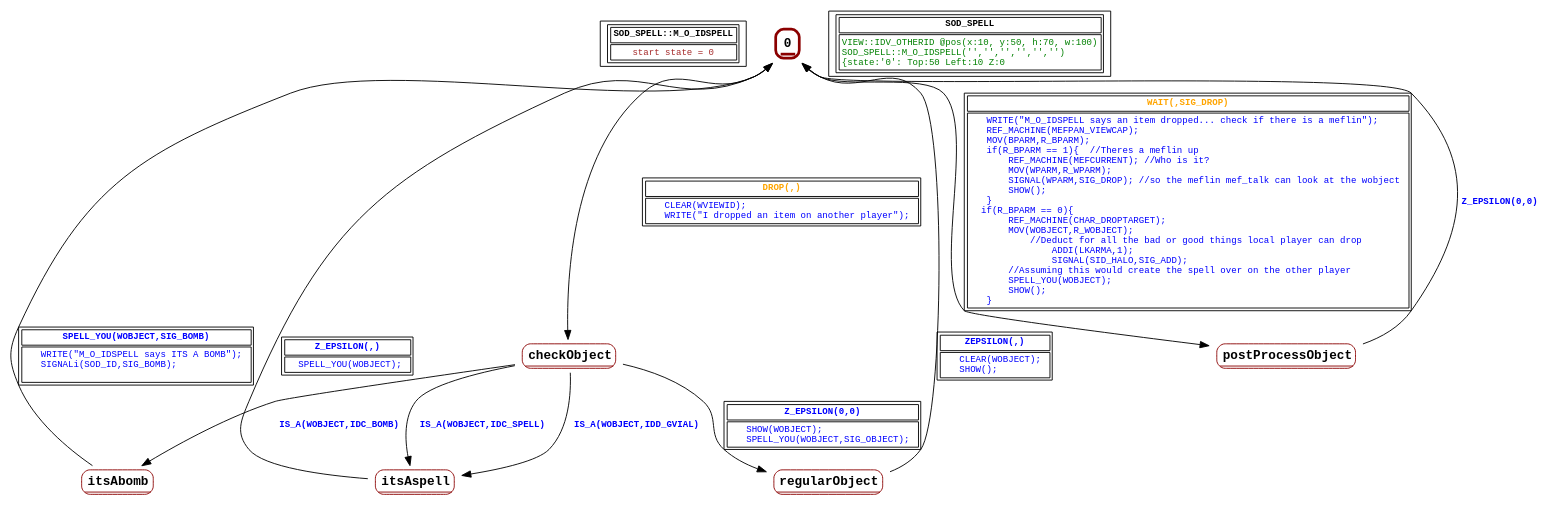
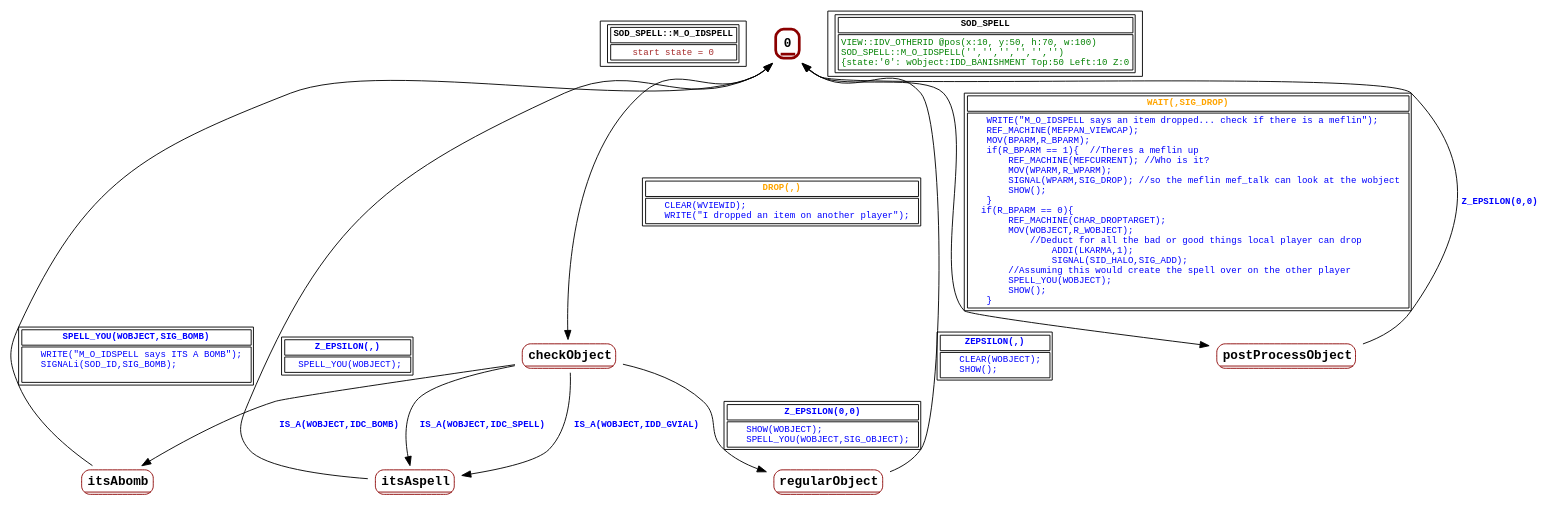
One commit to guy-stewart/AzariaCD changed the diagram in graphs/SOD_SPELL.dot. Above: the diagram before and after it, drawn with Graphviz. The commit also changed 31 other files, not shown here.

```diff
--- a/graphs/SOD_SPELL.dot
+++ b/graphs/SOD_SPELL.dot
@@ -1,52 +1,52 @@
 digraph Automaton {
  fontname="Courier New"
 	node [shape=oval, fontname="Courier New"];
 	filename[shape = record, fontsize=10, label=< <table border="1"><tr><td><b>SOD_SPELL::M_O_IDSPELL<br align="left"/></b></td></tr>
 <tr><td><font point-size="10" color ="brown">start state = 0<br align="left"/></font></td></tr></table>>
 ];
 	0[shape = none, fontsize=14, label=< <table border="3" color="darkred" style="rounded"><tr><td sides="b"><b>0<br align="left"/></b></td></tr>
 </table>>];
 "0" -> "checkObject" [fontcolor=orange,fontsize=10,fontname="Courier New", label=< <table border="1"><tr><td><b>DROP(,)<br align="left"/></b></td></tr>
 <tr><td><font point-size="10" color ="blue">    CLEAR(WVIEWID);<br align="left"/>    WRITE(&quot;I dropped an item on another player&quot;);<br align="left"/></font></td></tr></table>>
 ];
 "0" -> "postProcessObject" [fontcolor=orange,fontsize=10,fontname="Courier New", label=< <table border="1"><tr><td><b>WAIT(,SIG_DROP)<br align="left"/></b></td></tr>
 <tr><td><font point-size="10" color ="blue">    WRITE(&quot;M_O_IDSPELL says an item dropped... check if there is a meflin&quot;);<br align="left"/>    REF_MACHINE(MEFPAN_VIEWCAP);<br align="left"/>    MOV(BPARM,R_BPARM);<br align="left"/>    if(R_BPARM == 1)&#123;  //Theres a meflin up<br align="left"/>        REF_MACHINE(MEFCURRENT); //Who is it?<br align="left"/>        MOV(WPARM,R_WPARM);<br align="left"/>        SIGNAL(WPARM,SIG_DROP); //so the meflin mef_talk can look at the wobject<br align="left"/>        SHOW();<br align="left"/>    &#125;<br align="left"/>   if(R_BPARM == 0)&#123;<br align="left"/>        REF_MACHINE(CHAR_DROPTARGET); <br align="left"/>        MOV(WOBJECT,R_WOBJECT);<br align="left"/>            //Deduct for all the bad or good things local player can drop <br align="left"/>                ADDI(LKARMA,1); <br align="left"/>                SIGNAL(SID_HALO,SIG_ADD);<br align="left"/>        //Assuming this would create the spell over on the other player<br align="left"/>        SPELL_YOU(WOBJECT);<br align="left"/>        SHOW();<br align="left"/>    &#125; <br align="left"/></font></td></tr></table>>
 ];
 	checkObject[shape = none, fontsize=14, label=< <table border="1" color="darkred" style="rounded"><tr><td sides="b"><b>checkObject<br align="left"/></b></td></tr>
 </table>>];
 "checkObject" -> "itsAbomb" [fontcolor=blue,fontsize=10,fontname="Courier New", label=< <table border="0"><tr><td><b>IS_A(WOBJECT,IDC_BOMB)<br align="left"/></b></td></tr>
 </table>>
 ];
 "checkObject" -> "itsAspell" [fontcolor=blue,fontsize=10,fontname="Courier New", label=< <table border="0"><tr><td><b>IS_A(WOBJECT,IDC_SPELL)<br align="left"/></b></td></tr>
 </table>>
 ];
 "checkObject" -> "itsAspell" [fontcolor=blue,fontsize=10,fontname="Courier New", label=< <table border="0"><tr><td><b>IS_A(WOBJECT,IDD_GVIAL)<br align="left"/></b></td></tr>
 </table>>
 ];
 "checkObject" -> "regularObject" [fontcolor=blue,fontsize=10,fontname="Courier New", label=< <table border="1"><tr><td><b>Z_EPSILON(0,0)<br align="left"/></b></td></tr>
 <tr><td><font point-size="10" color ="blue">    SHOW(WOBJECT);<br align="left"/>    SPELL_YOU(WOBJECT,SIG_OBJECT);<br align="left"/></font></td></tr></table>>
 ];
 	itsAbomb[shape = none, fontsize=14, label=< <table border="1" color="darkred" style="rounded"><tr><td sides="b"><b>itsAbomb<br align="left"/></b></td></tr>
 </table>>];
 "itsAbomb" -> "0" [fontcolor=blue,fontsize=10,fontname="Courier New", label=< <table border="1"><tr><td><b>SPELL_YOU(WOBJECT,SIG_BOMB)<br align="left"/></b></td></tr>
 <tr><td><font point-size="10" color ="blue">    WRITE(&quot;M_O_IDSPELL says ITS A BOMB&quot;);<br align="left"/>    SIGNALi(SOD_ID,SIG_BOMB);<br align="left"/>    <br align="left"/></font></td></tr></table>>
 ];
 	itsAspell[shape = none, fontsize=14, label=< <table border="1" color="darkred" style="rounded"><tr><td sides="b"><b>itsAspell<br align="left"/></b></td></tr>
 </table>>];
 "itsAspell" -> "0" [fontcolor=blue,fontsize=10,fontname="Courier New", label=< <table border="1"><tr><td><b>Z_EPSILON(,)<br align="left"/></b></td></tr>
 <tr><td><font point-size="10" color ="blue">   SPELL_YOU(WOBJECT);<br align="left"/></font></td></tr></table>>
 ];
 	postProcessObject[shape = none, fontsize=14, label=< <table border="1" color="darkred" style="rounded"><tr><td sides="b"><b>postProcessObject<br align="left"/></b></td></tr>
 </table>>];
 "postProcessObject" -> "0" [fontcolor=blue,fontsize=10,fontname="Courier New", label=< <table border="0"><tr><td><b>Z_EPSILON(0,0)<br align="left"/></b></td></tr>
 </table>>
 ];
 	regularObject[shape = none, fontsize=14, label=< <table border="1" color="darkred" style="rounded"><tr><td sides="b"><b>regularObject<br align="left"/></b></td></tr>
 </table>>];
 "regularObject" -> "0" [fontcolor=blue,fontsize=10,fontname="Courier New", label=< <table border="1"><tr><td><b>ZEPSILON(,)<br align="left"/></b></td></tr>
 <tr><td><font point-size="10" color ="blue">    CLEAR(WOBJECT);<br align="left"/>    SHOW();<br align="left"/></font></td></tr></table>>
 ];
 	status[shape = record, fontsize=10, label=< <table border="1"><tr><td><b>SOD_SPELL<br align="left"/></b></td></tr>
-<tr><td><font point-size="10" color ="green">VIEW::IDV_OTHERID @pos(x:10, y:50, h:70, w:100)<br align="left"/>SOD_SPELL::M_O_IDSPELL(&apos;&apos;,&apos;&apos;,&apos;&apos;,&apos;&apos;,&apos;&apos;,&apos;&apos;)<br align="left"/>			&#123;state:&apos;0&apos;: Top:50 Left:10 Z:0<br align="left"/></font></td></tr></table>>
+<tr><td><font point-size="10" color ="green">VIEW::IDV_OTHERID @pos(x:10, y:50, h:70, w:100)<br align="left"/>SOD_SPELL::M_O_IDSPELL(&apos;&apos;,&apos;&apos;,&apos;&apos;,&apos;&apos;,&apos;&apos;,&apos;&apos;)<br align="left"/>			&#123;state:&apos;0&apos;: wObject:IDD_BANISHMENT Top:50 Left:10 Z:0<br align="left"/></font></td></tr></table>>
 ];
 }
```
